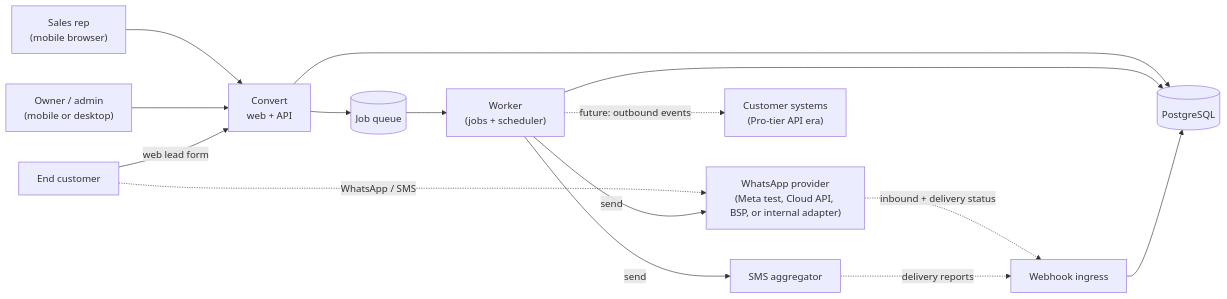
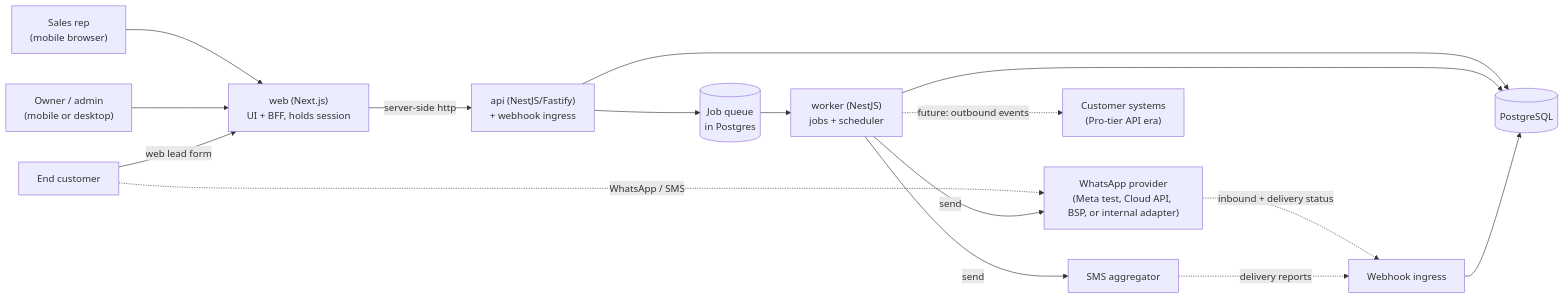
Before and after one commit to convertap/convert: the first of 3 diagrams in docs/architecture.md, drawn with Mermaid. The commit also changed other lines of this file and 89 other files, not shown here.

````diff
--- a/docs/architecture.md
+++ b/docs/architecture.md
@@ -68,20 +72,21 @@
 ```mermaid
 graph LR
-  Rep["Sales rep<br/>(mobile browser)"] --> App
-  Owner["Owner / admin<br/>(mobile or desktop)"] --> App
+  Rep["Sales rep<br/>(mobile browser)"] --> Web
+  Owner["Owner / admin<br/>(mobile or desktop)"] --> Web
   Cust["End customer"] -.->|"WhatsApp / SMS"| WA
-  Cust -->|"web lead form"| App
+  Cust -->|"web lead form"| Web
 
-  App["Convert<br/>web + API"] --> DB[("PostgreSQL")]
-  Worker["Worker<br/>(jobs + scheduler)"] --> DB
-  App --> Queue[("Job queue")]
+  Web["web (Next.js)<br/>UI + BFF, holds session"] -->|"server-side http"| App
+  App["api (NestJS/Fastify)<br/>+ webhook ingress"] --> DB[("PostgreSQL")]
+  Worker["worker (NestJS)<br/>jobs + scheduler"] --> DB
+  App --> Queue[("Job queue<br/>in Postgres")]
   Queue --> Worker
 
   Worker -->|"send"| WA["WhatsApp provider<br/>(Meta test, Cloud API, BSP, or internal adapter)"]
   Worker -->|"send"| SMS["SMS aggregator"]
   WA -.->|"inbound + delivery status"| Hook
   SMS -.->|"delivery reports"| Hook
   Hook["Webhook ingress"] --> DB
 
   Worker -.->|"future: outbound events"| Ext["Customer systems<br/>(Pro-tier API era)"]
 ```
````
